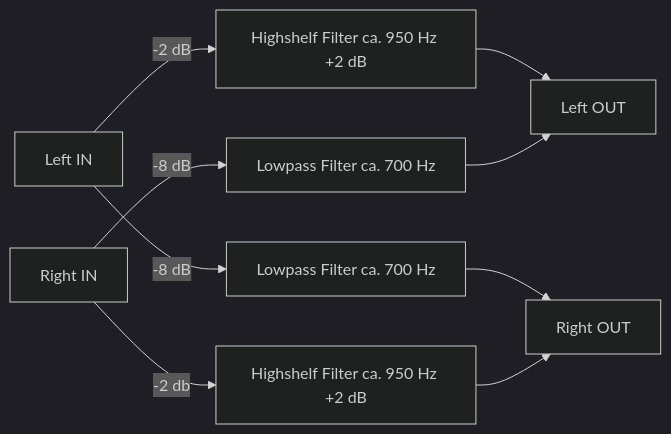
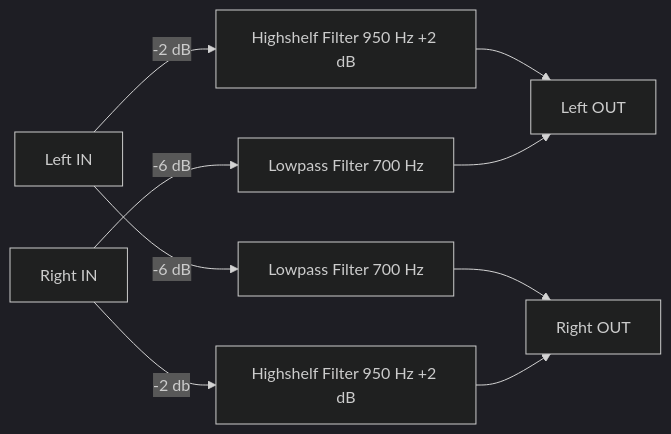
Before and after one commit to Ebert-Hanke/autoeq2camilladsp: the second of 4 diagrams in readme.md, drawn with Mermaid (dark theme). The commit also changed other lines of this file and 8 other files, not shown here.

````diff
--- a/readme.md
+++ b/readme.md
@@ -18,7 +36,7 @@
 ```mermaid
 graph LR
-A[Left IN]-- -2 dB --> G[Highshelf Filter ca. 950 Hz +2 dB]--> B[Left OUT]
-A -- -8 dB --> E[Lowpass Filter ca. 700 Hz] --> D
-C[Right IN]-- -2 db -->H[Highshelf Filter ca. 950 Hz +2 dB]-->D[Right OUT]
-C -- -8 dB --> F[Lowpass Filter ca. 700 Hz] -->B
+A[Left IN]-- -2 dB --> G[Highshelf Filter 950 Hz +2 dB]--> B[Left OUT]
+A -- -6 dB --> E[Lowpass Filter 700 Hz] --> D
+C[Right IN]-- -2 db -->H[Highshelf Filter 950 Hz +2 dB]-->D[Right OUT]
+C -- -6 dB --> F[Lowpass Filter 700 Hz] --> B
 ```
````
